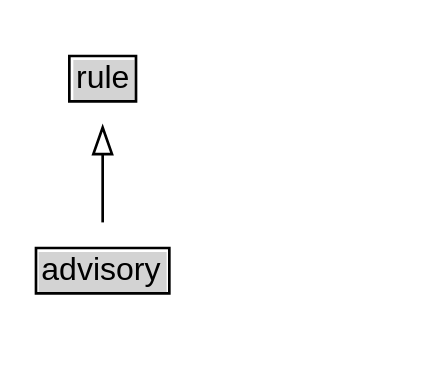
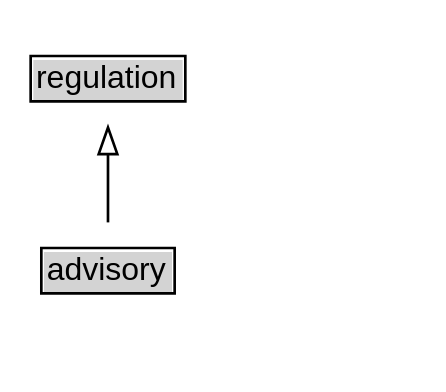
One commit to k-vaughn/iso24315-vocab changed the diagram in preview/diagrams/advisory.dot. Above: the diagram before and after it, drawn with Graphviz. The commit also changed 195 other files, not shown here.

```diff
--- a/preview/diagrams/advisory.dot
+++ b/preview/diagrams/advisory.dot
@@ -1,16 +1,16 @@
 // Diagram for advisory
 digraph {
 	graph [overlap=false rankdir=TB splines=true]
 	node [fontname=Arial fontsize=12 margin=0 shape=none]
 	edge [fontname=Arial fontsize=11]
 	{
 		rank=max
 		advisory [label=<<TABLE BORDER="1" CELLBORDER="0" CELLSPACING="0" CELLPADDING="1"><TR><TD BGCOLOR="lightgray" ALIGN="CENTER" PORT="e">advisory</TD></TR></TABLE>> URL="../terms/advisory/" margin=0]
 	}
-	rule [label=<<TABLE BORDER="1" CELLBORDER="0" CELLSPACING="0" CELLPADDING="1"><TR><TD BGCOLOR="lightgray" ALIGN="CENTER">rule</TD></TR></TABLE>> URL="../terms/rule/" margin=0 target=_top]
+	regulation [label=<<TABLE BORDER="1" CELLBORDER="0" CELLSPACING="0" CELLPADDING="1"><TR><TD BGCOLOR="lightgray" ALIGN="CENTER">regulation</TD></TR></TABLE>> URL="../terms/regulation/" margin=0 target=_top]
 	subgraph cluster_associated {
 		label="" style=invis
 		Invis [label=<<TABLE BORDER="0" CELLBORDER="0" CELLSPACING="0" CELLPADDING="1"><TR><TD></TD></TR></TABLE>> margin=0 style=invis]
 	}
-	advisory -> rule [arrowhead=onormal style=solid]
+	advisory -> regulation [arrowhead=onormal style=solid]
 }
```
